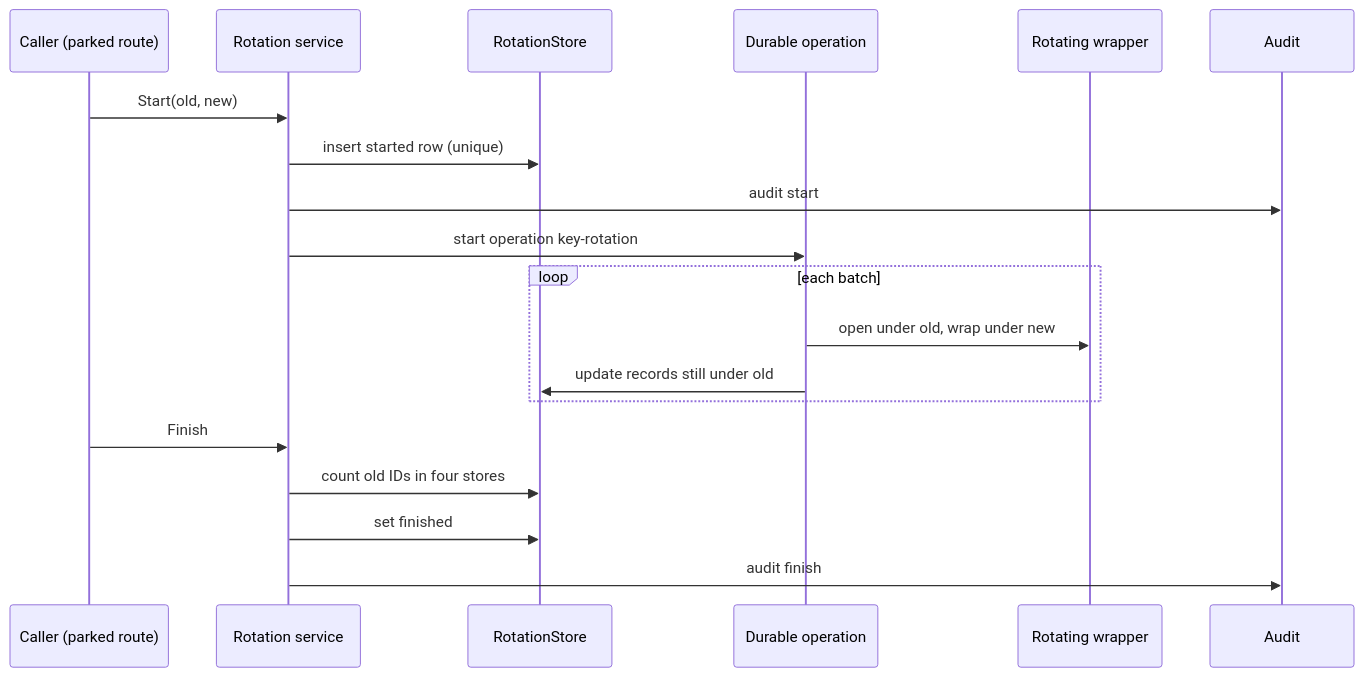
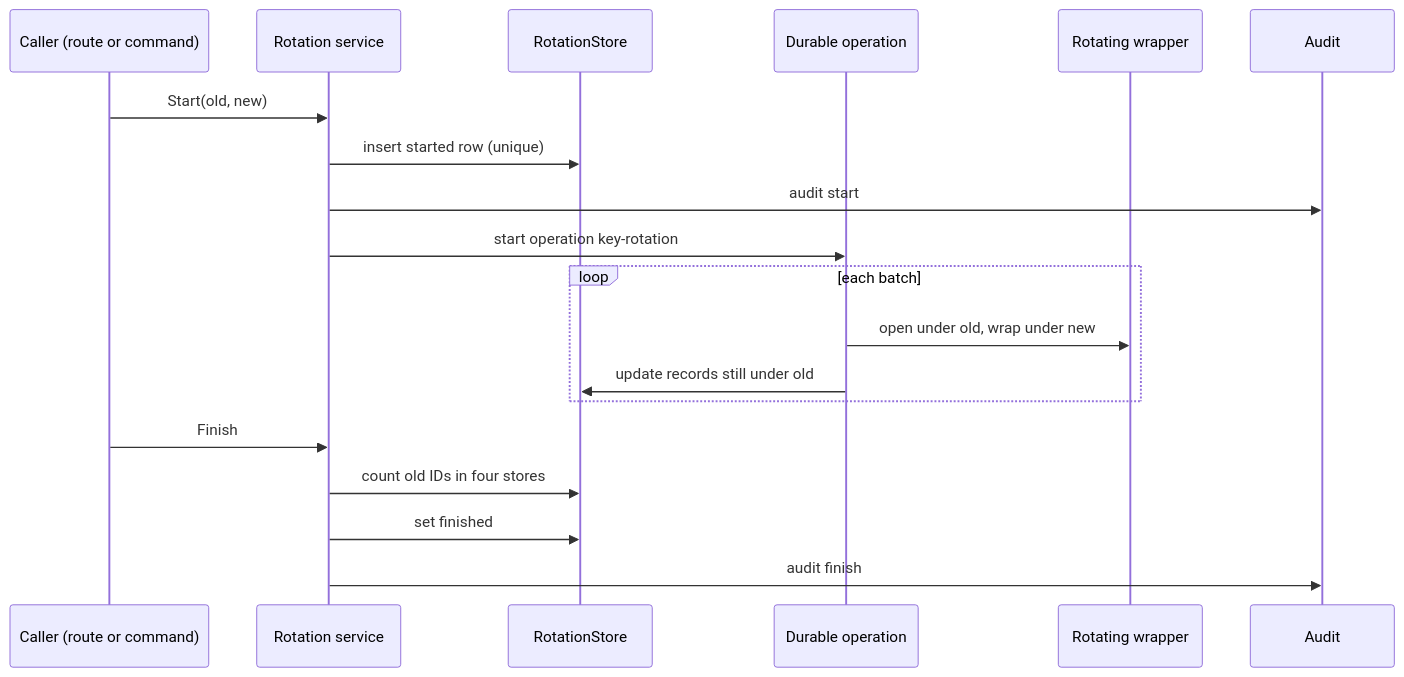
One commit to OpenDustpan/OpenDustpan changed the first of 2 diagrams in openspec/changes/key-encryption-key-rotation/design.md. Above: the diagram before and after it, drawn with Mermaid. The commit also changed other lines of this file and 3 other files, not shown here.

````diff
--- a/openspec/changes/key-encryption-key-rotation/design.md
+++ b/openspec/changes/key-encryption-key-rotation/design.md
@@ -47,21 +60,21 @@
 ```mermaid
 sequenceDiagram
-participant C as Caller (parked route)
+participant C as Caller (route or command)
 participant S as Rotation service
 participant R as RotationStore
 participant D as Durable operation
 participant K as Rotating wrapper
 participant A as Audit
 C->>S: Start(old, new)
 S->>R: insert started row (unique)
 S->>A: audit start
 S->>D: start operation key-rotation
 loop each batch
 D->>K: open under old, wrap under new
 D->>R: update records still under old
 end
 C->>S: Finish
 S->>R: count old IDs in four stores
 S->>R: set finished
 S->>A: audit finish
 ```
````
